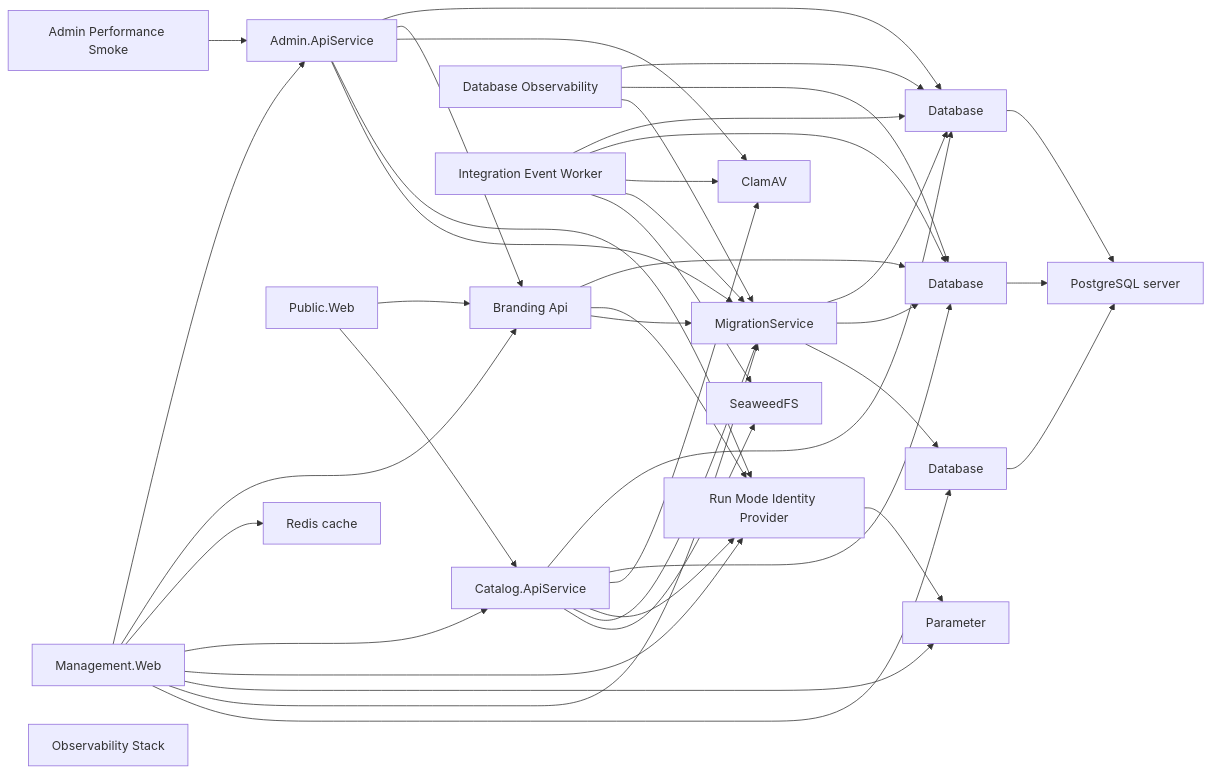
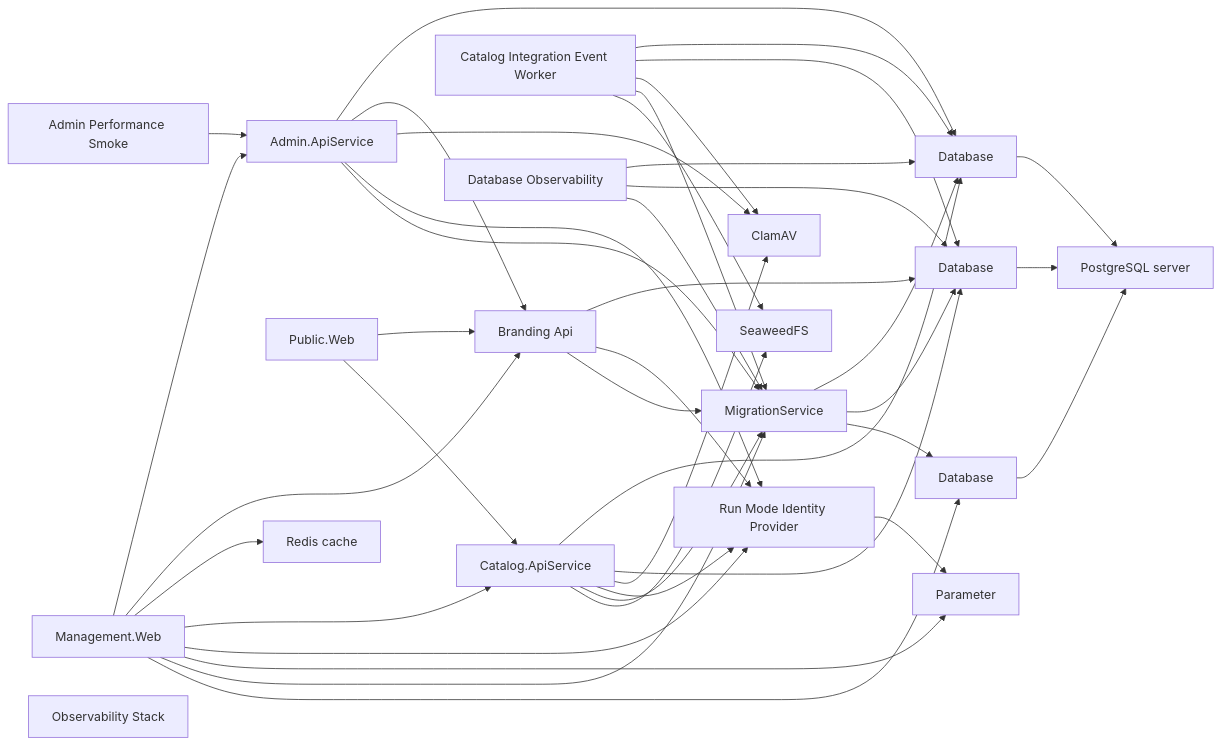
Before and after one commit to danigutsch/ViajantesTurismo: the diagram in docs/architecture/runtime-wiring-and-deployment.md, drawn with Mermaid. The commit also changed other lines of this file and 22 other files, not shown here.

First line of the commit message:
refactor(workers)!: make the integration event worker Catalog-owned (#1236)

````diff
--- a/docs/architecture/runtime-wiring-and-deployment.md
+++ b/docs/architecture/runtime-wiring-and-deployment.md
@@ -21,62 +21,62 @@
 ```mermaid
 flowchart LR
     AdminPerformanceSmoke[Admin Performance Smoke]
     apiService[Admin.ApiService]
     brandingApiService[Branding Api]
+    CatalogIntegrationEventWorker[Catalog Integration Event Worker]
     catalogApiService[Catalog.ApiService]
     clamAv[ClamAV]
     adminDatabase[Database]
     catalogDatabase[Database]
     securityDatabase[Database]
     DatabaseObservability[Database Observability]
-    IntegrationEventWorker[Integration Event Worker]
     ManagementWeb[Management.Web]
     migrationService[MigrationService]
     ObservabilityStack[Observability Stack]
     managementWebClientSecret[Parameter]
     databaseServer[PostgreSQL server]
     PublicWeb[Public.Web]
     cache[Redis cache]
     identityProvider[Run Mode Identity Provider]
     seaweedFs[SeaweedFS]
     AdminPerformanceSmoke --> apiService
+    CatalogIntegrationEventWorker --> adminDatabase
+    CatalogIntegrationEventWorker --> catalogDatabase
+    CatalogIntegrationEventWorker --> clamAv
+    CatalogIntegrationEventWorker --> migrationService
+    CatalogIntegrationEventWorker --> seaweedFs
     DatabaseObservability --> adminDatabase
     DatabaseObservability --> catalogDatabase
     DatabaseObservability --> migrationService
-    IntegrationEventWorker --> adminDatabase
-    IntegrationEventWorker --> catalogDatabase
-    IntegrationEventWorker --> clamAv
-    IntegrationEventWorker --> migrationService
-    IntegrationEventWorker --> seaweedFs
     ManagementWeb --> apiService
     ManagementWeb --> brandingApiService
     ManagementWeb --> cache
     ManagementWeb --> catalogApiService
     ManagementWeb --> identityProvider
     ManagementWeb --> managementWebClientSecret
     ManagementWeb --> migrationService
     ManagementWeb --> securityDatabase
     PublicWeb --> brandingApiService
     PublicWeb --> catalogApiService
     adminDatabase --> databaseServer
     apiService --> adminDatabase
     apiService --> brandingApiService
     apiService --> clamAv
     apiService --> identityProvider
     apiService --> migrationService
     brandingApiService --> catalogDatabase
     brandingApiService --> identityProvider
     brandingApiService --> migrationService
     catalogApiService --> adminDatabase
     catalogApiService --> catalogDatabase
     catalogApiService --> clamAv
     catalogApiService --> identityProvider
     catalogApiService --> migrationService
     catalogApiService --> seaweedFs
     catalogDatabase --> databaseServer
     identityProvider --> managementWebClientSecret
     migrationService --> adminDatabase
     migrationService --> catalogDatabase
     migrationService --> securityDatabase
     securityDatabase --> databaseServer
 ```
````
